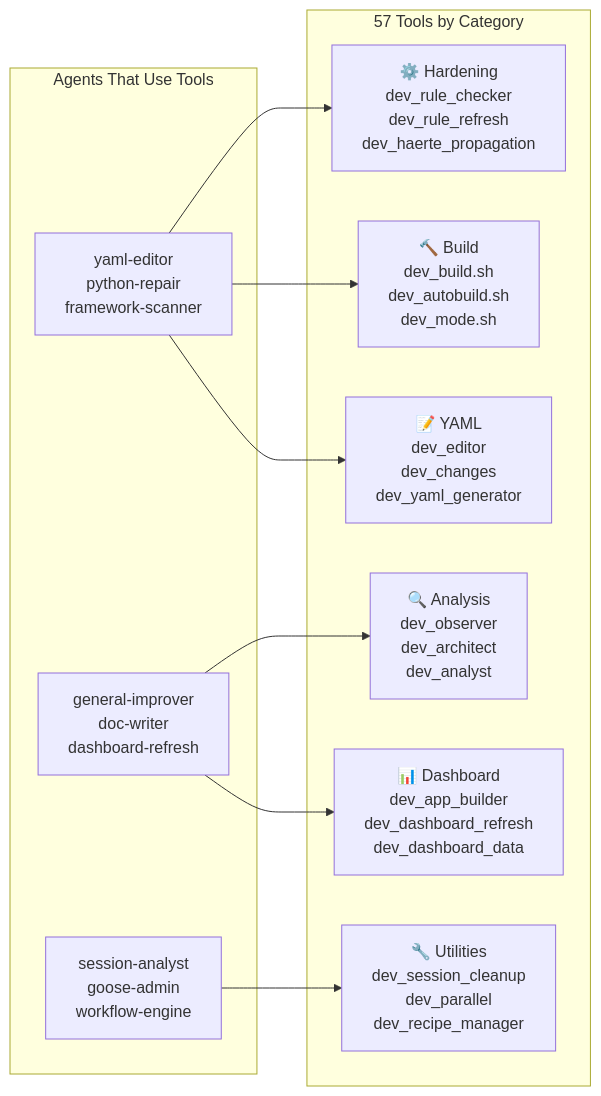
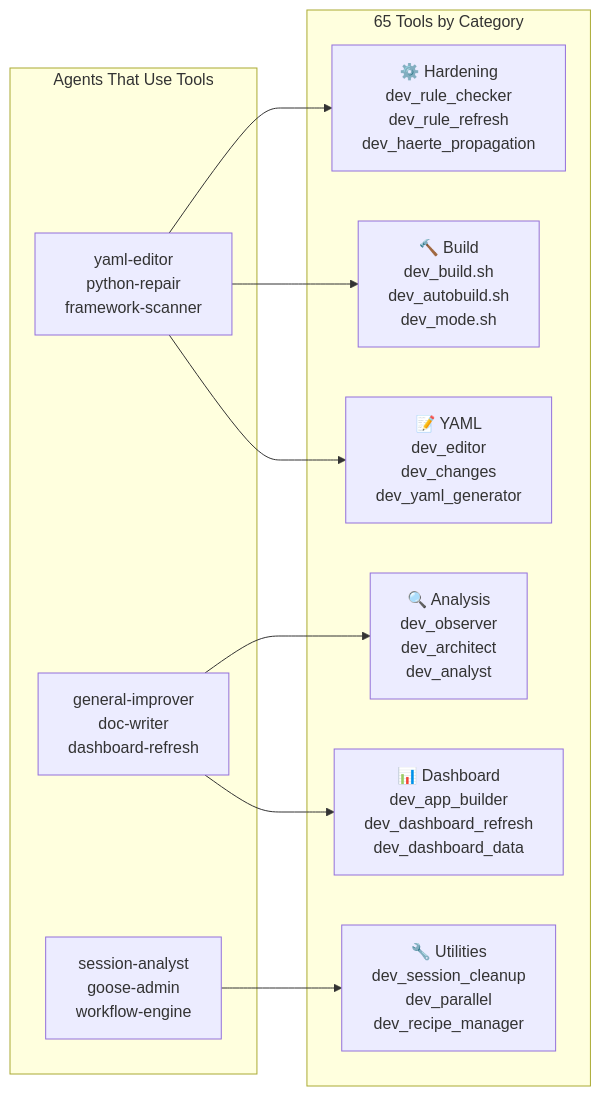
Before and after one commit to mczardybon/mas-engineer: the fifth of 5 diagrams in docs/architecture.md, drawn with Mermaid. The commit also changed other lines of this file and 9 other files, not shown here.

````diff
--- a/docs/architecture.md
+++ b/docs/architecture.md
@@ -244,20 +250,20 @@
 ```mermaid
 flowchart LR
     subgraph AGENTS["Agents That Use Tools"]
         A1["yaml-editor\npython-repair\nframework-scanner"]
         A2["general-improver\ndoc-writer\ndashboard-refresh"]
         A3["session-analyst\ngoose-admin\nworkflow-engine"]
     end
-    subgraph TOOLS["57 Tools by Category"]
+    subgraph TOOLS["65 Tools by Category"]
         T1["⚙️ Hardening\ndev_rule_checker\ndev_rule_refresh\ndev_haerte_propagation"]
         T2["🔨 Build\ndev_build.sh\ndev_autobuild.sh\ndev_mode.sh"]
         T3["🔍 Analysis\ndev_observer\ndev_architect\ndev_analyst"]
         T4["📝 YAML\ndev_editor\ndev_changes\ndev_yaml_generator"]
         T5["📊 Dashboard\ndev_app_builder\ndev_dashboard_refresh\ndev_dashboard_data"]
         T6["🔧 Utilities\ndev_session_cleanup\ndev_parallel\ndev_recipe_manager"]
     end
 
     A1 --> T1 & T2 & T4
     A2 --> T3 & T5
     A3 --> T6
 ```
````
